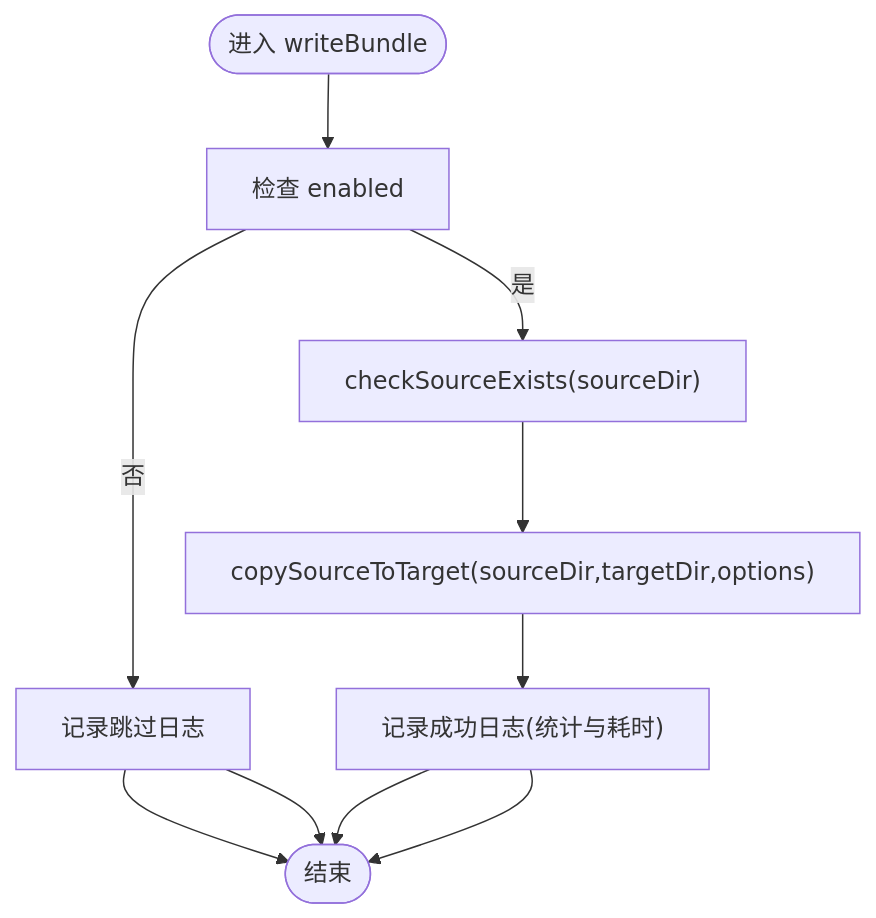
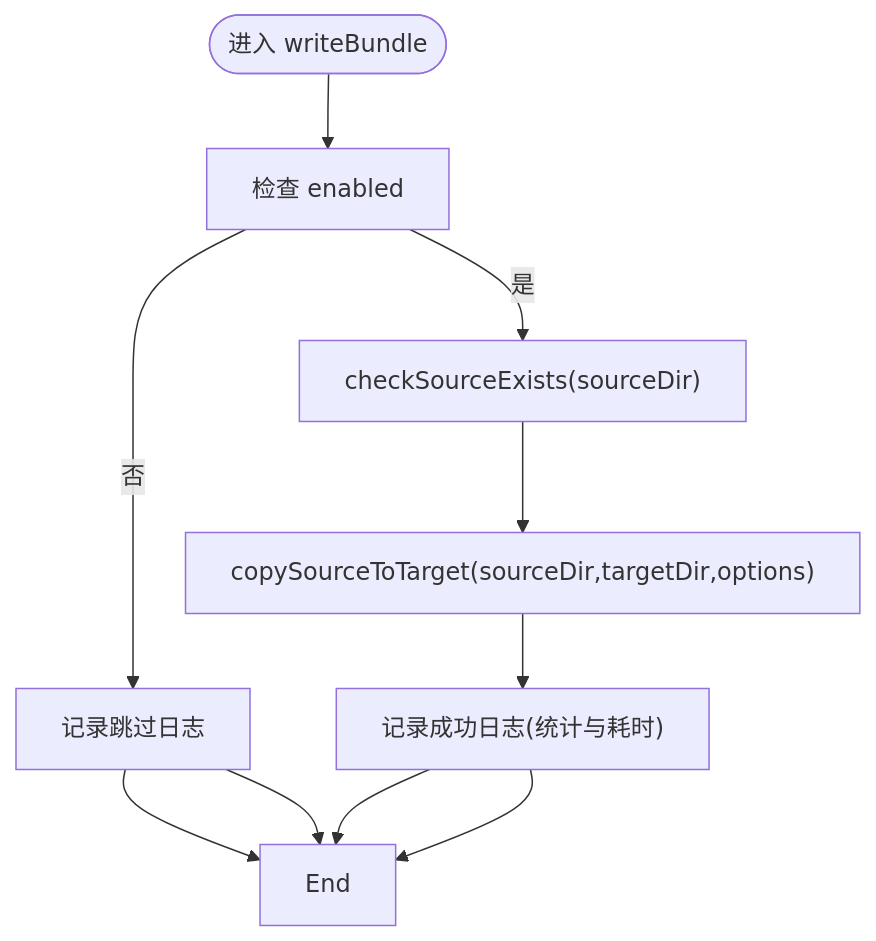
The fourth of 6 diagrams in .qoder/repowiki/zh/content/插件开发/插件开发.md (MengXi-Studio/vite-plugin), drawn with Mermaid before and after one commit. The commit also changed other lines of this file and 5 other files, not shown here.

````diff
--- a/.qoder/repowiki/zh/content/插件开发/插件开发.md
+++ b/.qoder/repowiki/zh/content/插件开发/插件开发.md
@@ -245,10 +254,10 @@
 ```mermaid
 flowchart TD
 Start(["进入 writeBundle"]) --> CheckEnabled["检查 enabled"]
 CheckEnabled --> |否| LogSkip["记录跳过日志"] --> End
 CheckEnabled --> |是| CheckSrc["checkSourceExists(sourceDir)"]
 CheckSrc --> Copy["copySourceToTarget(sourceDir,targetDir,options)"]
 Copy --> LogSuccess["记录成功日志(统计与耗时)"] --> End
-LogSkip --> End(["结束"])
+LogSkip --> End
 LogSuccess --> End
 ```
````
